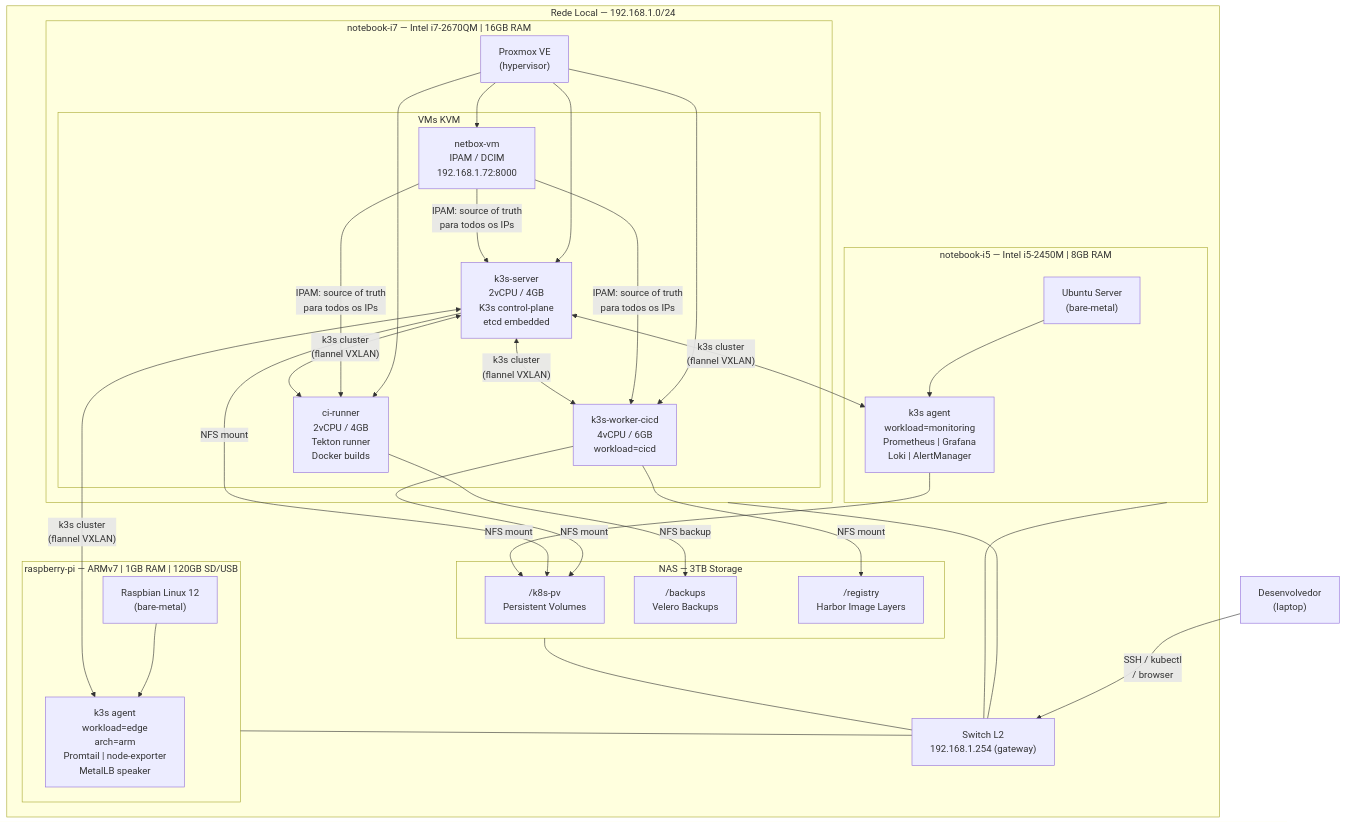
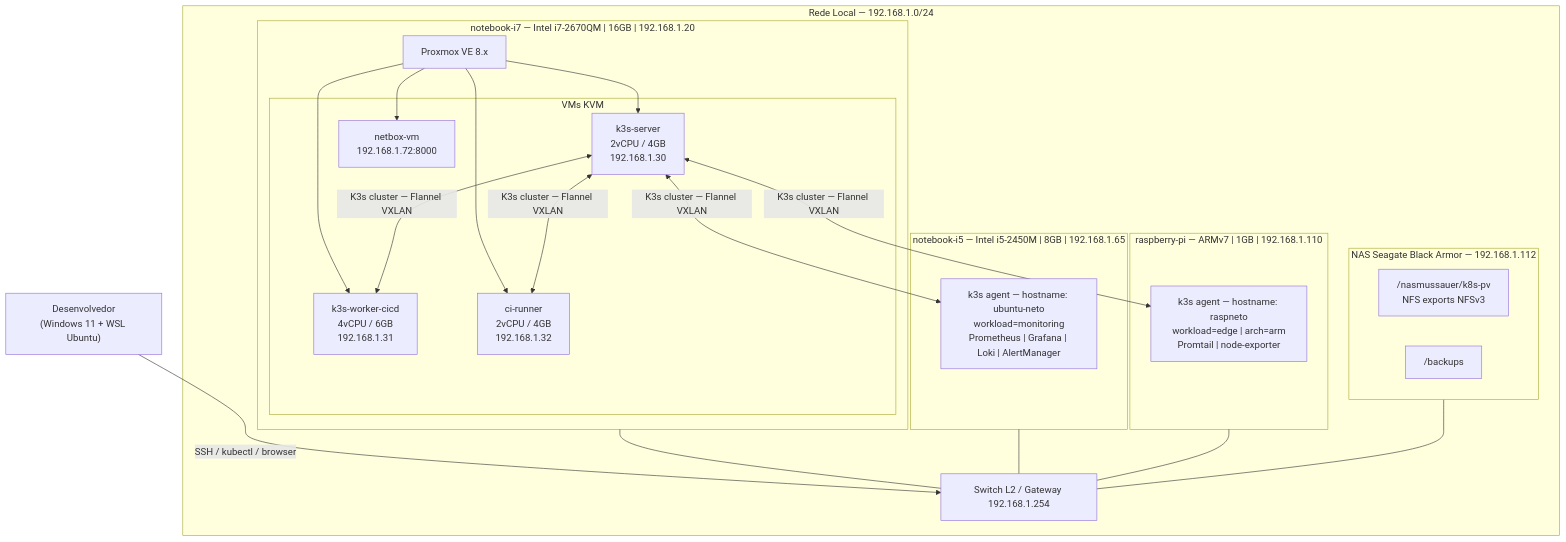
Before and after one commit to netomussauer/infra-lab: the first of 4 diagrams in docs/architecture.md, drawn with Mermaid. The commit also changed other lines of this file and 15 other files, not shown here.

First line of the commit message:
feat(cluster): complete 5-node K3s stack with CI/CD, monitoring and edge node

````diff
--- a/docs/architecture.md
+++ b/docs/architecture.md
@@ -71,59 +66,36 @@
 ```mermaid
 flowchart TD
     subgraph LAN["Rede Local — 192.168.1.0/24"]
 
-        subgraph NAS_HOST["NAS — 3TB Storage"]
-            NFS_KV["/k8s-pv\nPersistent Volumes"]
-            NFS_BK["/backups\nVelero Backups"]
-            NFS_RG["/registry\nHarbor Image Layers"]
+        subgraph NAS_HOST["NAS Seagate Black Armor — 192.168.1.112"]
+            NFS_KV["/nasmussauer/k8s-pv\nNFS exports NFSv3"]
+            NFS_BK["/backups"]
         end
 
-        subgraph I7["notebook-i7 — Intel i7-2670QM | 16GB RAM"]
-            PVE["Proxmox VE\n(hypervisor)"]
+        subgraph I7["notebook-i7 — Intel i7-2670QM | 16GB | 192.168.1.20"]
+            PVE["Proxmox VE 8.x"]
             subgraph VMs["VMs KVM"]
-                VM_SERVER["k3s-server\n2vCPU / 4GB\nK3s control-plane\netcd embedded"]
-                VM_CICD["k3s-worker-cicd\n4vCPU / 6GB\nworkload=cicd"]
-                VM_RUNNER["ci-runner\n2vCPU / 4GB\nTekton runner\nDocker builds"]
-                VM_NETBOX["netbox-vm\nIPAM / DCIM\n192.168.1.72:8000"]
+                VM_SERVER["k3s-server\n2vCPU / 4GB\n192.168.1.30"]
+                VM_CICD["k3s-worker-cicd\n4vCPU / 6GB\n192.168.1.31"]
+                VM_RUNNER["ci-runner\n2vCPU / 4GB\n192.168.1.32"]
+                VM_NETBOX["netbox-vm\n192.168.1.72:8000"]
             end
-            PVE --> VM_SERVER
-            PVE --> VM_CICD
-            PVE --> VM_RUNNER
-            PVE --> VM_NETBOX
-            VM_NETBOX -->|"IPAM: source of truth\npara todos os IPs"| VM_SERVER
-            VM_NETBOX -->|"IPAM: source of truth\npara todos os IPs"| VM_CICD
-            VM_NETBOX -->|"IPAM: source of truth\npara todos os IPs"| VM_RUNNER
+            PVE --> VM_SERVER & VM_CICD & VM_RUNNER & VM_NETBOX
         end
 
-        subgraph I5["notebook-i5 — Intel i5-2450M | 8GB RAM"]
-            OS_I5["Ubuntu Server\n(bare-metal)"]
-            K3S_I5["k3s agent\nworkload=monitoring\nPrometheus | Grafana\nLoki | AlertManager"]
-            OS_I5 --> K3S_I5
+        subgraph I5["notebook-i5 — Intel i5-2450M | 8GB | 192.168.1.65"]
+            K3S_I5["k3s agent — hostname: ubuntu-neto\nworkload=monitoring\nPrometheus | Grafana | Loki | AlertManager"]
         end
 
-        subgraph RPI["raspberry-pi — ARMv7 | 1GB RAM | 120GB SD/USB"]
-            OS_RPI["Raspbian Linux 12\n(bare-metal)"]
-            K3S_RPI["k3s agent\nworkload=edge\narch=arm\nPromtail | node-exporter\nMetalLB speaker"]
-            OS_RPI --> K3S_RPI
+        subgraph RPI["raspberry-pi — ARMv7 | 1GB | 192.168.1.110"]
+            K3S_RPI["k3s agent — hostname: raspneto\nworkload=edge | arch=arm\nPromtail | node-exporter"]
         end
 
-        VM_SERVER   <-->|"k3s cluster\n(flannel VXLAN)"| VM_CICD
-        VM_SERVER   <-->|"k3s cluster\n(flannel VXLAN)"| VM_RUNNER
-        VM_SERVER   <-->|"k3s cluster\n(flannel VXLAN)"| K3S_I5
-        VM_SERVER   <-->|"k3s cluster\n(flannel VXLAN)"| K3S_RPI
+        VM_SERVER <-->|"K3s cluster — Flannel VXLAN"| VM_CICD & VM_RUNNER & K3S_I5 & K3S_RPI
 
-        VM_CICD     -->|"NFS mount"| NFS_KV
-        VM_SERVER   -->|"NFS mount"| NFS_KV
-        K3S_I5      -->|"NFS mount"| NFS_KV
-        VM_CICD     -->|"NFS mount"| NFS_RG
-        VM_RUNNER   -->|"NFS backup"| NFS_BK
-
-        SWITCH["Switch L2\n192.168.1.254 (gateway)"]
-        I7 --- SWITCH
-        I5 --- SWITCH
-        RPI --- SWITCH
-        NAS_HOST --- SWITCH
+        SWITCH["Switch L2 / Gateway 192.168.1.254"]
+        I7 & I5 & RPI & NAS_HOST --- SWITCH
     end
 
-    DEV["Desenvolvedor\n(laptop)"] -->|"SSH / kubectl\n/ browser"| SWITCH
+    DEV["Desenvolvedor\n(Windows 11 + WSL Ubuntu)"] -->|"SSH / kubectl / browser"| SWITCH
 ```
````
